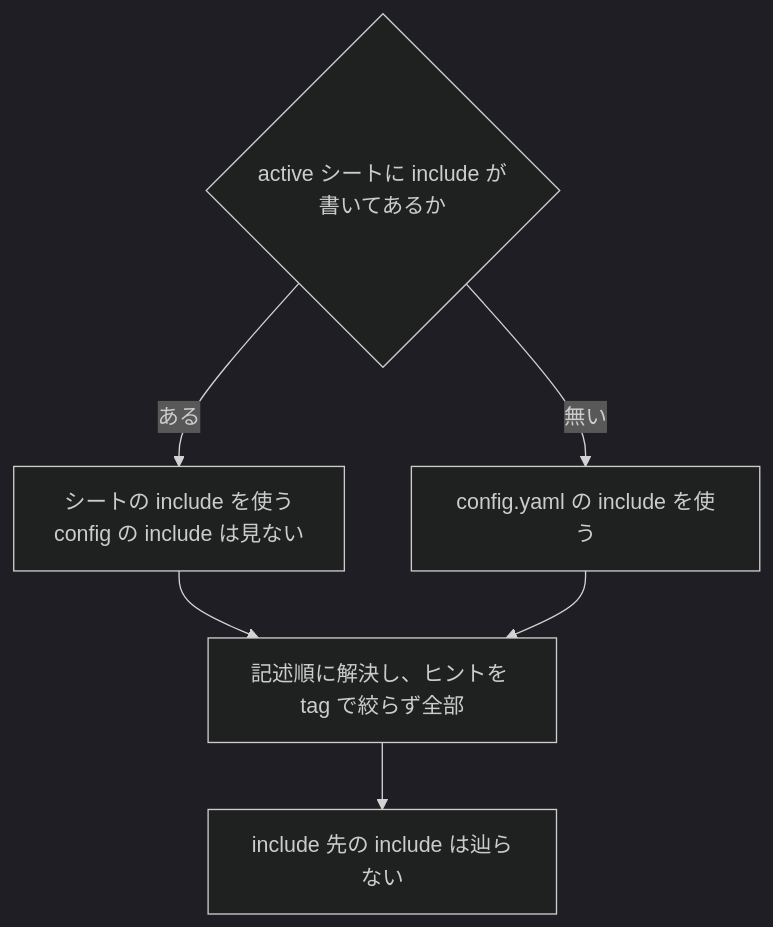
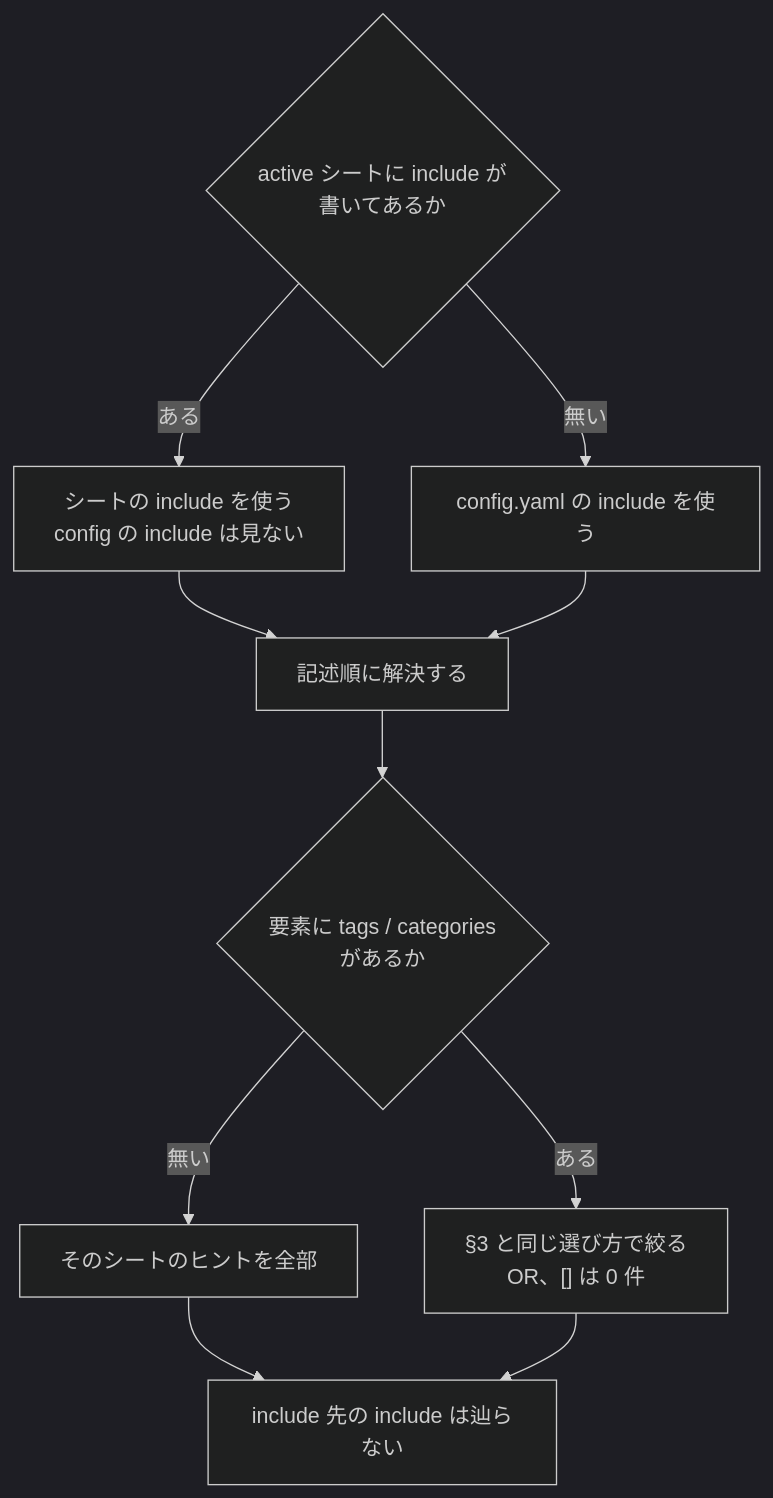
Before and after one commit to yasuoeto/wayhint: the fifth of 5 diagrams in docs/SHEETS.md, drawn with Mermaid (dark theme). The commit also changed other lines of this file and 15 other files, not shown here.

````diff
--- a/docs/SHEETS.md
+++ b/docs/SHEETS.md
@@ -95,8 +120,12 @@
 ```mermaid
 flowchart TD
     A{active シートに include が<br/>書いてあるか} -- ある --> B[シートの include を使う<br/>config の include は見ない]
     A -- 無い --> C[config.yaml の include を使う]
-    B --> D[記述順に解決し、ヒントを tag で絞らず全部]
+    B --> D[記述順に解決する]
     C --> D
-    D --> E[include 先の include は辿らない]
+    D --> F{要素に tags / categories<br/>があるか}
+    F -- 無い --> G[そのシートのヒントを全部]
+    F -- ある --> H["§3 と同じ選び方で絞る<br/>OR、[] は 0 件"]
+    G --> E[include 先の include は辿らない]
+    H --> E
 ```
````
